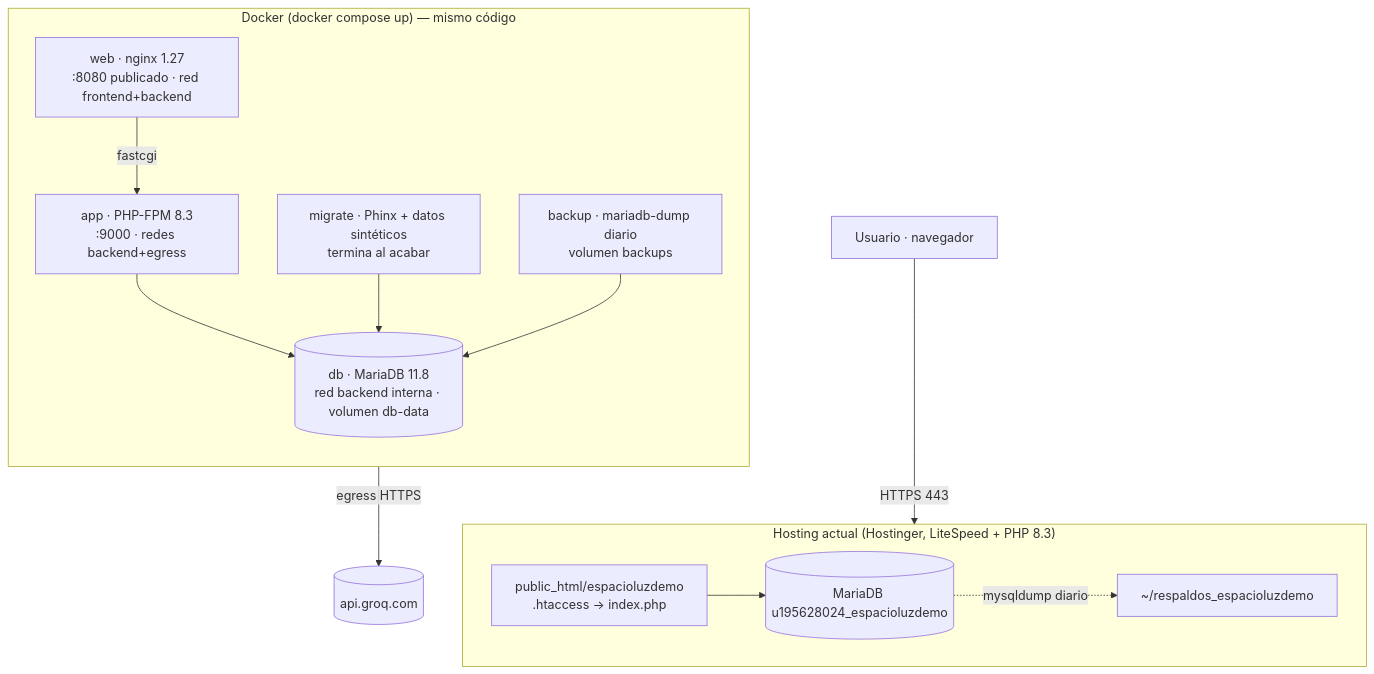
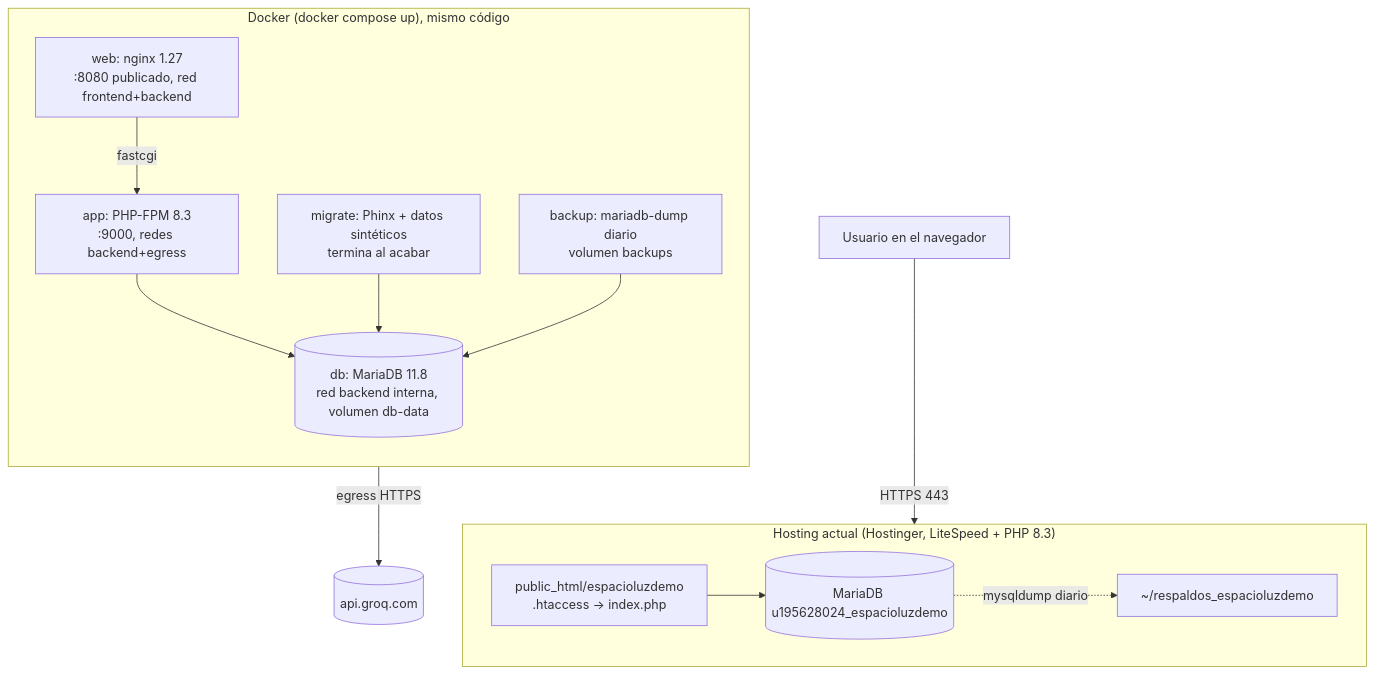
Before and after one commit to RocioBelenVG/Eval3EspacioLuzdemo: the third of 4 diagrams in docs/03_arquitectura.md, drawn with Mermaid. The commit also changed other lines of this file and 17 other files, not shown here.

````diff
--- a/docs/03_arquitectura.md
+++ b/docs/03_arquitectura.md
@@ -108,23 +108,23 @@
 ```mermaid
 flowchart TB
-    U[Usuario · navegador] -->|HTTPS 443| H
+    U[Usuario en el navegador] -->|HTTPS 443| H
     subgraph H["Hosting actual (Hostinger, LiteSpeed + PHP 8.3)"]
         WEB1[public_html/espacioluzdemo<br/>.htaccess → index.php]
         DB1[(MariaDB u195628024_espacioluzdemo)]
         BK1[~/respaldos_espacioluzdemo]
         WEB1 --> DB1
         DB1 -. mysqldump diario .-> BK1
     end
-    subgraph D["Docker (docker compose up) — mismo código"]
+    subgraph D["Docker (docker compose up), mismo código"]
         direction TB
-        W[web · nginx 1.27<br/>:8080 publicado · red frontend+backend]
-        APP[app · PHP-FPM 8.3<br/>:9000 · redes backend+egress]
-        MDB[(db · MariaDB 11.8<br/>red backend interna · volumen db-data)]
-        MIG[migrate · Phinx + datos sintéticos<br/>termina al acabar]
-        BKP[backup · mariadb-dump diario<br/>volumen backups]
+        W[web: nginx 1.27<br/>:8080 publicado, red frontend+backend]
+        APP[app: PHP-FPM 8.3<br/>:9000, redes backend+egress]
+        MDB[(db: MariaDB 11.8<br/>red backend interna, volumen db-data)]
+        MIG[migrate: Phinx + datos sintéticos<br/>termina al acabar]
+        BKP[backup: mariadb-dump diario<br/>volumen backups]
         W -->|fastcgi| APP --> MDB
         MIG --> MDB
         BKP --> MDB
     end
     APP -->|egress HTTPS| LLM[(api.groq.com)]
 ```
````
